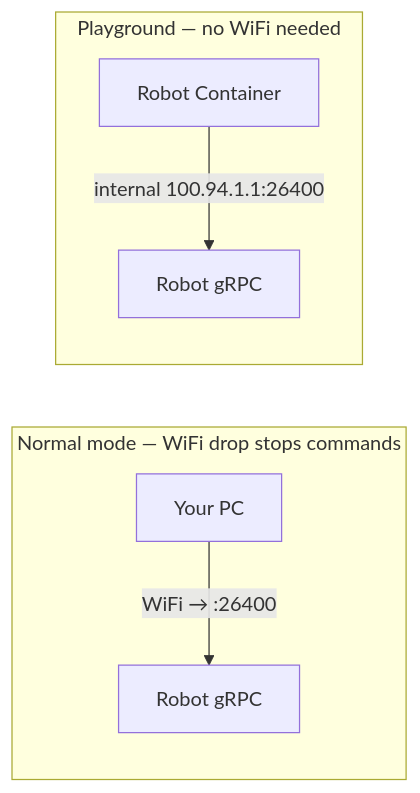
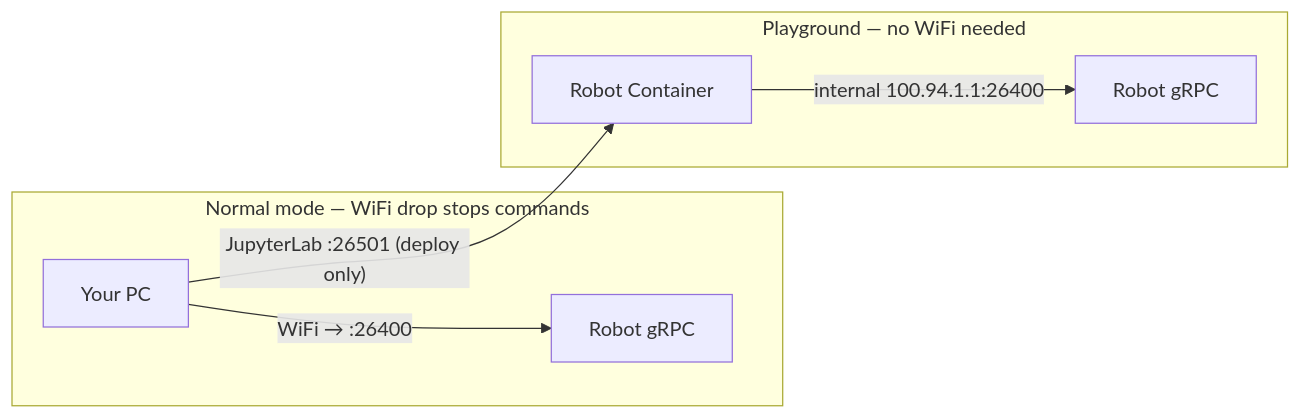
One commit to sigmarobotics/kachaka-sdk-toolkit changed the diagram in skills/kachaka-sdk/SKILL.md. Above: the diagram before and after it, drawn with Mermaid. The commit also changed other lines of this file and 11 other files, not shown here.

````diff
--- a/skills/kachaka-sdk/SKILL.md
+++ b/skills/kachaka-sdk/SKILL.md
@@ -1503,9 +1507,10 @@
 ```mermaid
 graph LR
     subgraph normal["Normal mode — WiFi drop stops commands"]
         PC["Your PC"] -->|"WiFi → :26400"| R1["Robot gRPC"]
     end
     subgraph pg["Playground — no WiFi needed"]
         RC["Robot Container"] -->|"internal 100.94.1.1:26400"| R2["Robot gRPC"]
     end
+    PC -->|"JupyterLab :26501 (deploy only)"| RC
 ```
````
